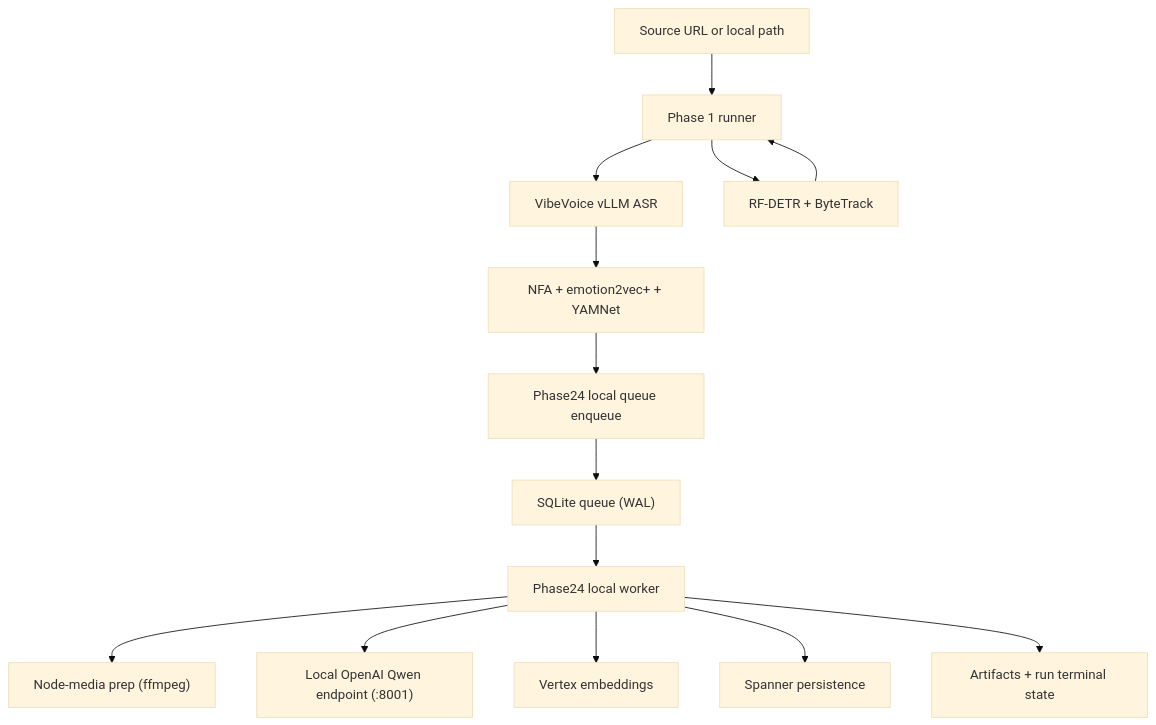
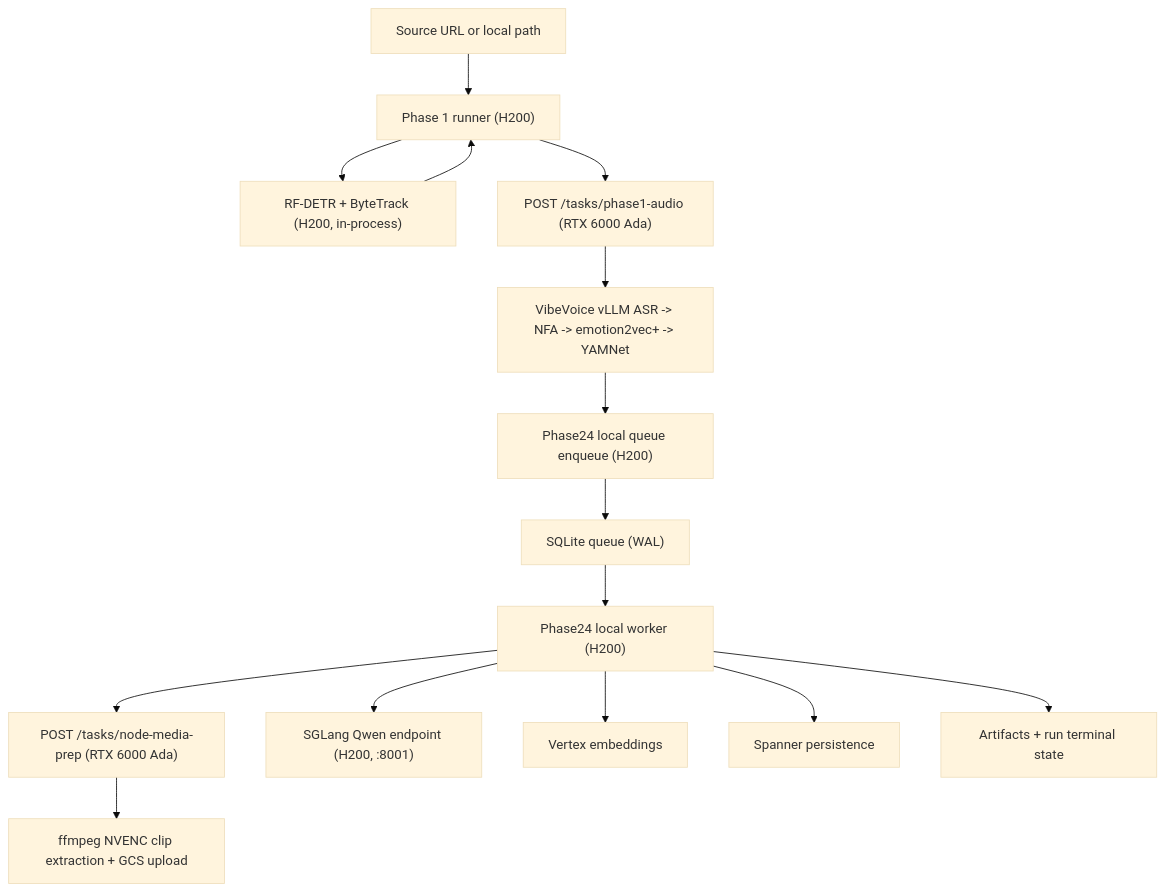
One commit to ClyptAI/Clypt-Backend changed the diagram in docs/ARCHITECTURE.md. Above: the diagram before and after it, drawn with Mermaid (base theme). The commit also changed other lines of this file and 57 other files, not shown here.

First line of the commit message:
Split Phase 1 across H200 + RTX 6000 Ada audio host (no local fallback).

````diff
--- a/docs/ARCHITECTURE.md
+++ b/docs/ARCHITECTURE.md
@@ -14,29 +13,29 @@
 ```mermaid
 flowchart TD
   source["Source URL or local path"]
-  p1["Phase 1 runner"]
-  asr["VibeVoice vLLM ASR"]
-  audio["NFA + emotion2vec+ + YAMNet"]
-  visual["RF-DETR + ByteTrack"]
-  mediaprep["Node-media prep (ffmpeg)"]
-  handoff["Phase24 local queue enqueue"]
+  p1["Phase 1 runner (H200)"]
+  visual["RF-DETR + ByteTrack (H200, in-process)"]
+  audiopost["POST /tasks/phase1-audio (RTX 6000 Ada)"]
+  audio["VibeVoice vLLM ASR -> NFA -> emotion2vec+ -> YAMNet"]
+  mediapost["POST /tasks/node-media-prep (RTX 6000 Ada)"]
+  mediaprep["ffmpeg NVENC clip extraction + GCS upload"]
+  handoff["Phase24 local queue enqueue (H200)"]
   q["SQLite queue (WAL)"]
-  w["Phase24 local worker"]
-  llm["Local OpenAI Qwen endpoint (:8001)"]
+  w["Phase24 local worker (H200)"]
+  llm["SGLang Qwen endpoint (H200, :8001)"]
   emb["Vertex embeddings"]
   sp["Spanner persistence"]
   out["Artifacts + run terminal state"]
 
   source --> p1
-  p1 --> asr
   p1 --> visual
-  asr --> audio
+  p1 --> audiopost --> audio
   audio --> handoff
   handoff --> q --> w
-  w --> mediaprep
+  w --> mediapost --> mediaprep
   w --> llm
   w --> emb
   w --> sp
   visual --> p1
   w --> out
 ```
````
